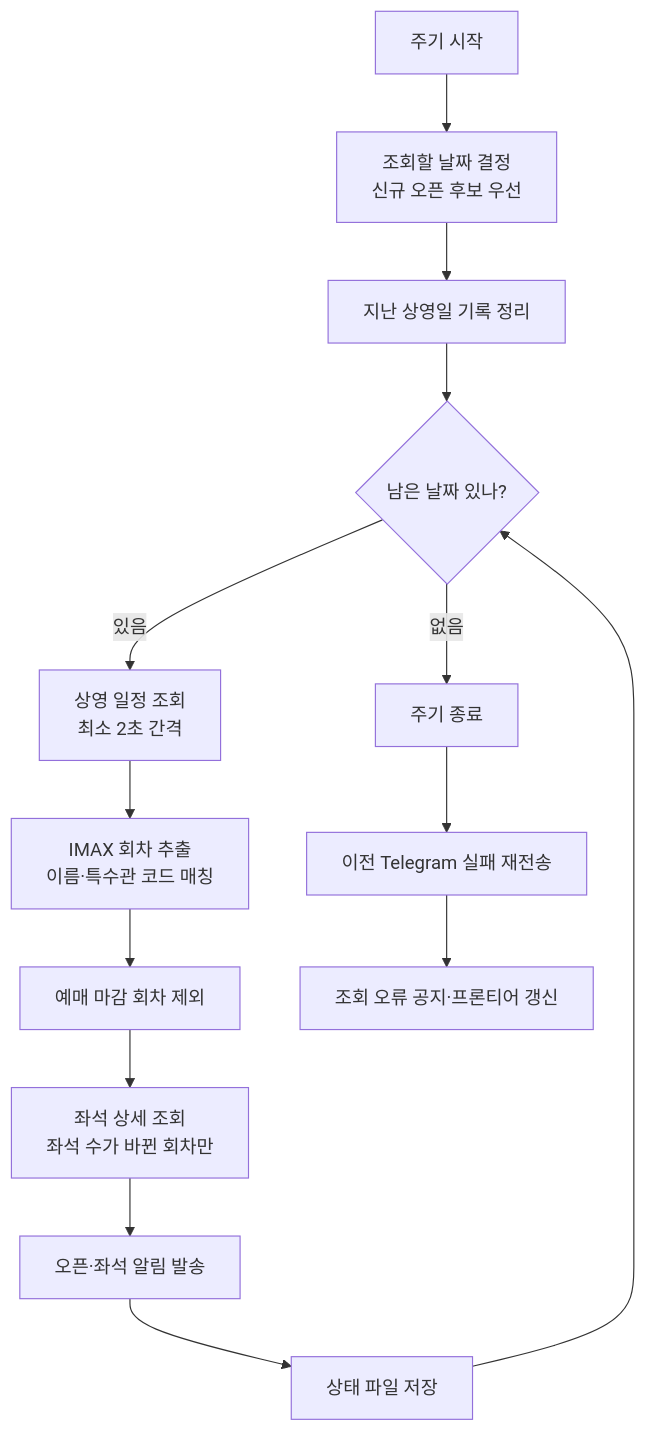
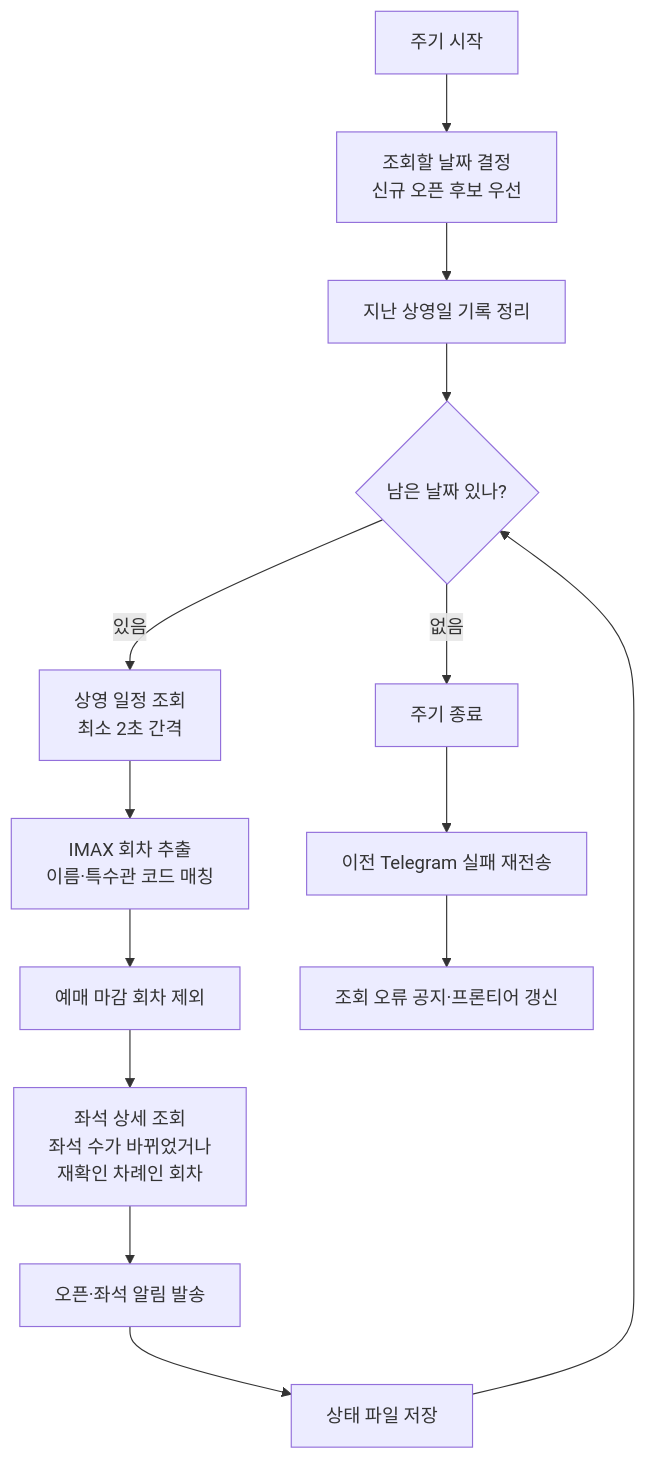
Before and after one commit to yuemyname/yongam-bot: the first of 5 diagrams in docs/alert-flow.md, drawn with Mermaid. The commit also changed other lines of this file and 5 other files, not shown here.

````diff
--- a/docs/alert-flow.md
+++ b/docs/alert-flow.md
@@ -11,16 +11,16 @@
 ```mermaid
 flowchart TD
     A[주기 시작] --> B[조회할 날짜 결정<br/>신규 오픈 후보 우선]
     B --> C[지난 상영일 기록 정리]
     C --> D{남은 날짜 있나?}
     D -->|없음| Z[주기 종료]
     D -->|있음| E[상영 일정 조회<br/>최소 2초 간격]
     E --> F[IMAX 회차 추출<br/>이름·특수관 코드 매칭]
     F --> G[예매 마감 회차 제외]
-    G --> H[좌석 상세 조회<br/>좌석 수가 바뀐 회차만]
+    G --> H[좌석 상세 조회<br/>좌석 수가 바뀌었거나<br/>재확인 차례인 회차]
     H --> I[오픈·좌석 알림 발송]
     I --> J[상태 파일 저장]
     J --> D
     Z --> L[이전 Telegram 실패 재전송]
     L --> M[조회 오류 공지·프론티어 갱신]
 ```
````
